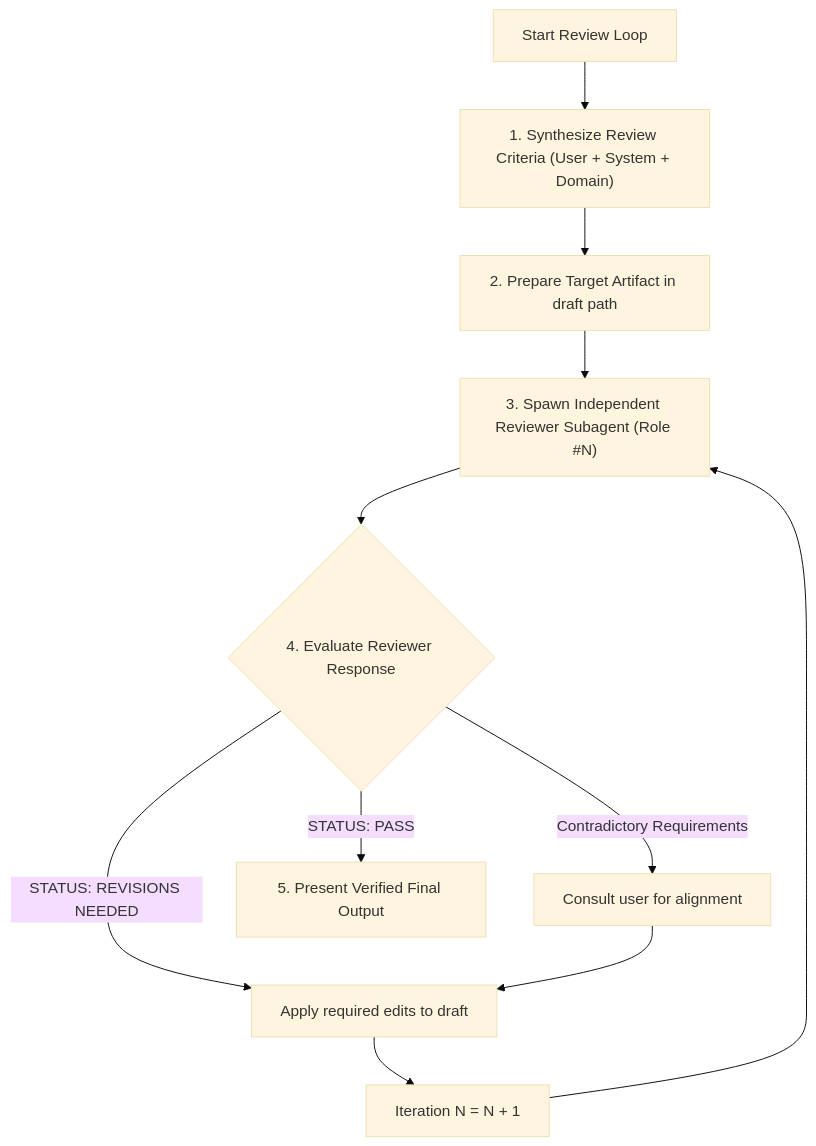
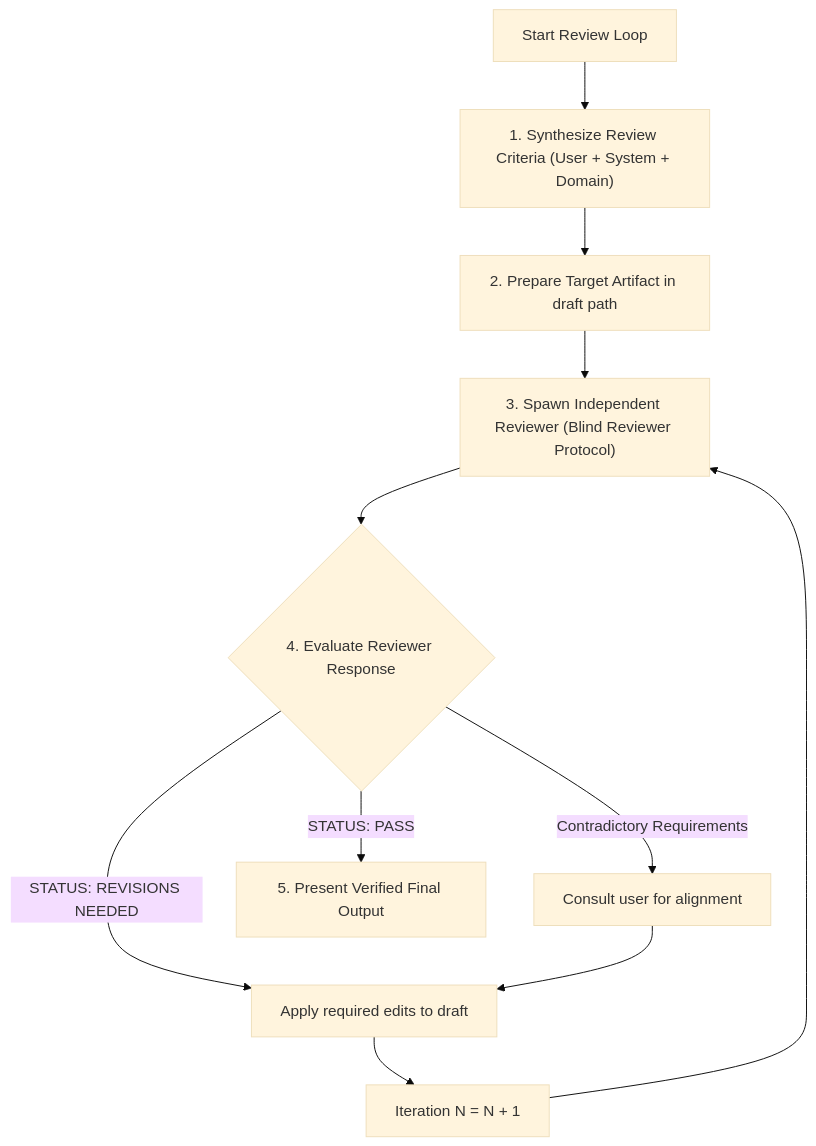
Before and after one commit to loerei/myskills: the diagram in productivity/conduct-reviewing-loop/SKILL.md, drawn with Mermaid (base theme). The commit also changed other lines of this file and 1 other file, not shown here.

Commit message:
feat(skills): add Blind Reviewer Protocol to conduct-reviewing-loop skill

````diff
--- a/productivity/conduct-reviewing-loop/SKILL.md
+++ b/productivity/conduct-reviewing-loop/SKILL.md
@@ -12,10 +12,10 @@
 ```mermaid
 flowchart TD
     Start["Start Review Loop"] --> Synth["1. Synthesize Review Criteria (User + System + Domain)"]
     Synth --> Draft["2. Prepare Target Artifact in draft path"]
-    Draft --> Spawn["3. Spawn Independent Reviewer Subagent (Role #N)"]
-    Spawn --> Eval{"4. Evaluate Reviewer Response"}
-    Eval -->|"STATUS: REVISIONS NEEDED"| ApplyEdits["Apply required edits to draft"] --> NextIter["Iteration N = N + 1"] --> Spawn
+    Draft --> BlindSpawn["3. Spawn Independent Reviewer (Blind Reviewer Protocol)"]
+    BlindSpawn --> Eval{"4. Evaluate Reviewer Response"}
+    Eval -->|"STATUS: REVISIONS NEEDED"| ApplyEdits["Apply required edits to draft"] --> NextIter["Iteration N = N + 1"] --> BlindSpawn
     Eval -->|"Contradictory Requirements"| ConsultUser["Consult user for alignment"] --> ApplyEdits
     Eval -->|"STATUS: PASS"| Present["5. Present Verified Final Output"]
 ```
````
